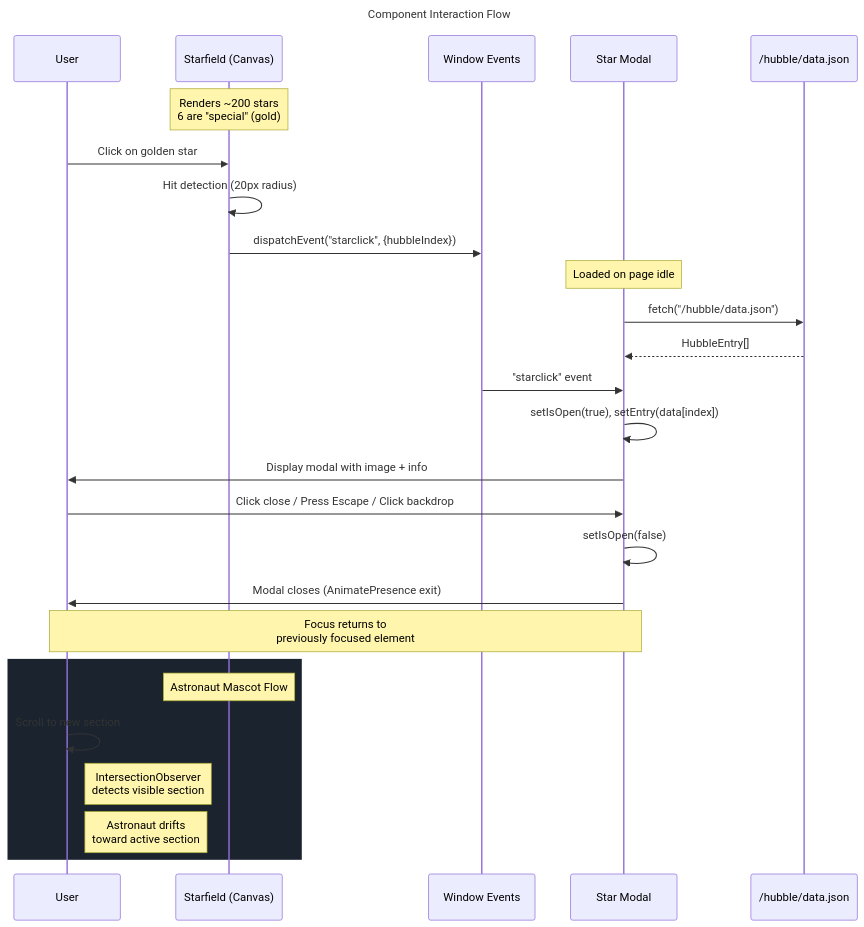
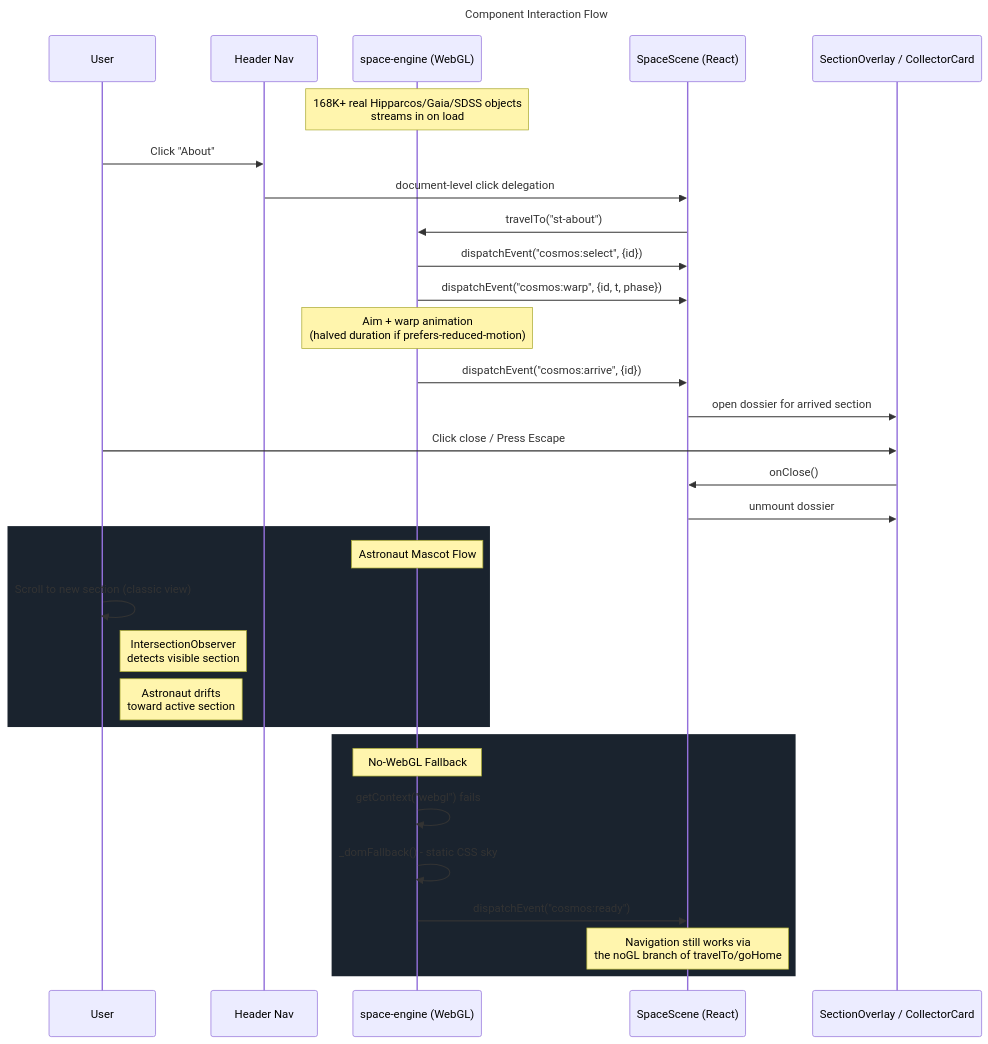
One commit to ishan-caicias/ishanjain_portfolio changed the diagram in docs/diagrams/component-flow.mmd. Above: the diagram before and after it, drawn with Mermaid. The commit also changed 1402 other files, not shown here.

```diff
--- a/docs/diagrams/component-flow.mmd
+++ b/docs/diagrams/component-flow.mmd
@@ -1,37 +1,39 @@
 ---
 title: Component Interaction Flow
 ---
 sequenceDiagram
     participant User
-    participant Starfield as Starfield (Canvas)
-    participant Window as Window Events
-    participant StarModal as Star Modal
-    participant HubbleData as /hubble/data.json
+    participant Header as Header Nav
+    participant Engine as space-engine (WebGL)
+    participant Scene as SpaceScene (React)
+    participant Overlay as SectionOverlay / CollectorCard
 
-    Note over Starfield: Renders ~200 stars<br/>6 are "special" (gold)
+    Note over Engine: 168K+ real Hipparcos/Gaia/SDSS objects<br/>streams in on load
 
-    User->>Starfield: Click on golden star
-    Starfield->>Starfield: Hit detection (20px radius)
-    Starfield->>Window: dispatchEvent("starclick", {hubbleIndex})
+    User->>Header: Click "About"
+    Header->>Scene: document-level click delegation
+    Scene->>Engine: travelTo("st-about")
+    Engine->>Scene: dispatchEvent("cosmos:select", {id})
+    Engine->>Scene: dispatchEvent("cosmos:warp", {id, t, phase})
+    Note over Engine: Aim + warp animation<br/>(halved duration if prefers-reduced-motion)
+    Engine->>Scene: dispatchEvent("cosmos:arrive", {id})
+    Scene->>Overlay: open dossier for arrived section
 
-    Note over StarModal: Loaded on page idle
-
-    StarModal->>HubbleData: fetch("/hubble/data.json")
-    HubbleData-->>StarModal: HubbleEntry[]
-
-    Window->>StarModal: "starclick" event
-    StarModal->>StarModal: setIsOpen(true), setEntry(data[index])
-    StarModal->>User: Display modal with image + info
-
-    User->>StarModal: Click close / Press Escape / Click backdrop
-    StarModal->>StarModal: setIsOpen(false)
-    StarModal->>User: Modal closes (AnimatePresence exit)
-
-    Note over User,StarModal: Focus returns to<br/>previously focused element
+    User->>Overlay: Click close / Press Escape
+    Overlay->>Scene: onClose()
+    Scene->>Overlay: unmount dossier
 
     rect rgb(26,35,46)
-        Note over Starfield: Astronaut Mascot Flow
-        User->>User: Scroll to new section
+        Note over Engine: Astronaut Mascot Flow
+        User->>User: Scroll to new section (classic view)
         Note right of User: IntersectionObserver<br/>detects visible section
         Note right of User: Astronaut drifts<br/>toward active section
     end
+
+    rect rgb(26,35,46)
+        Note over Engine: No-WebGL Fallback
+        Engine->>Engine: getContext("webgl") fails
+        Engine->>Engine: _domFallback() - static CSS sky
+        Engine->>Scene: dispatchEvent("cosmos:ready")
+        Note over Scene: Navigation still works via<br/>the noGL branch of travelTo/goHome
+    end
```
